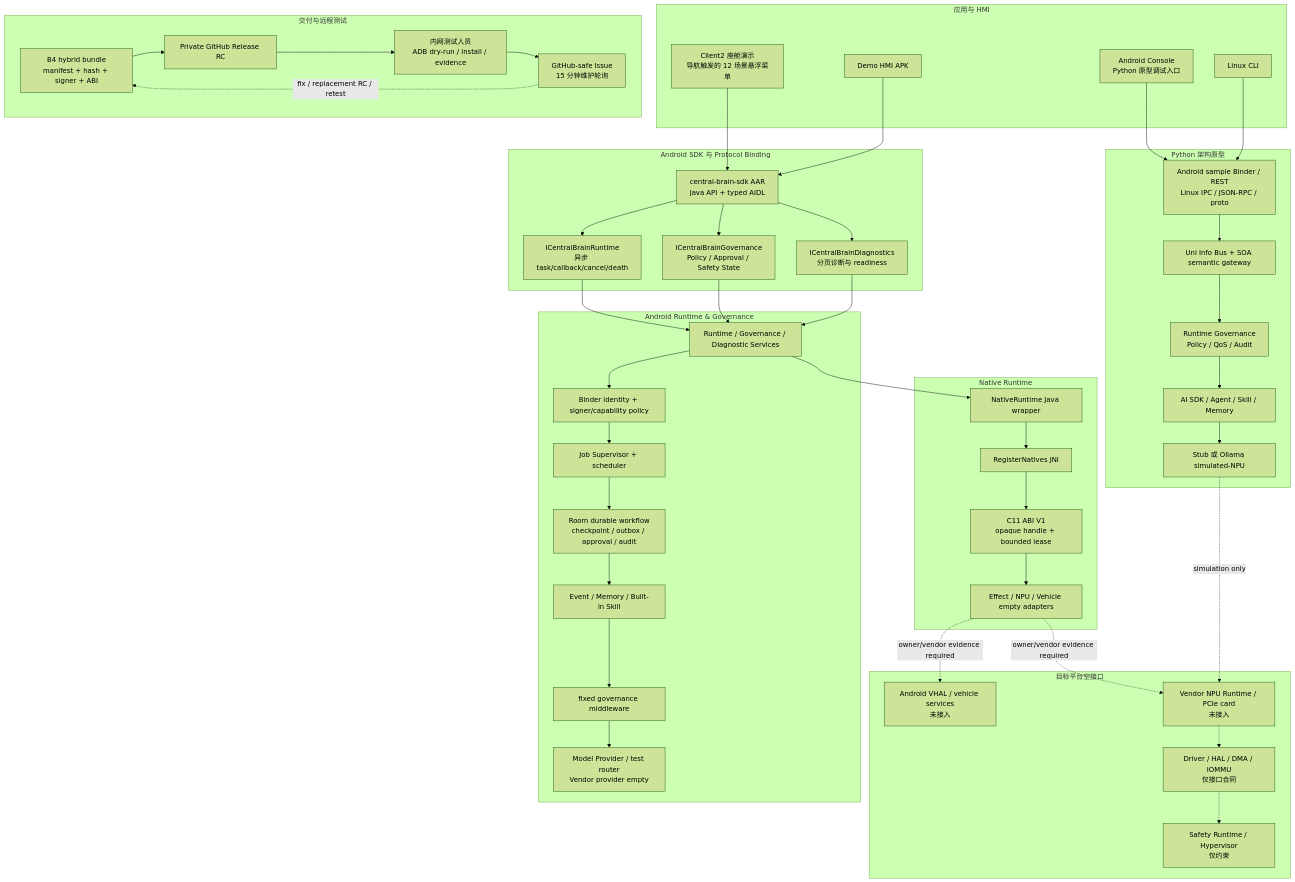
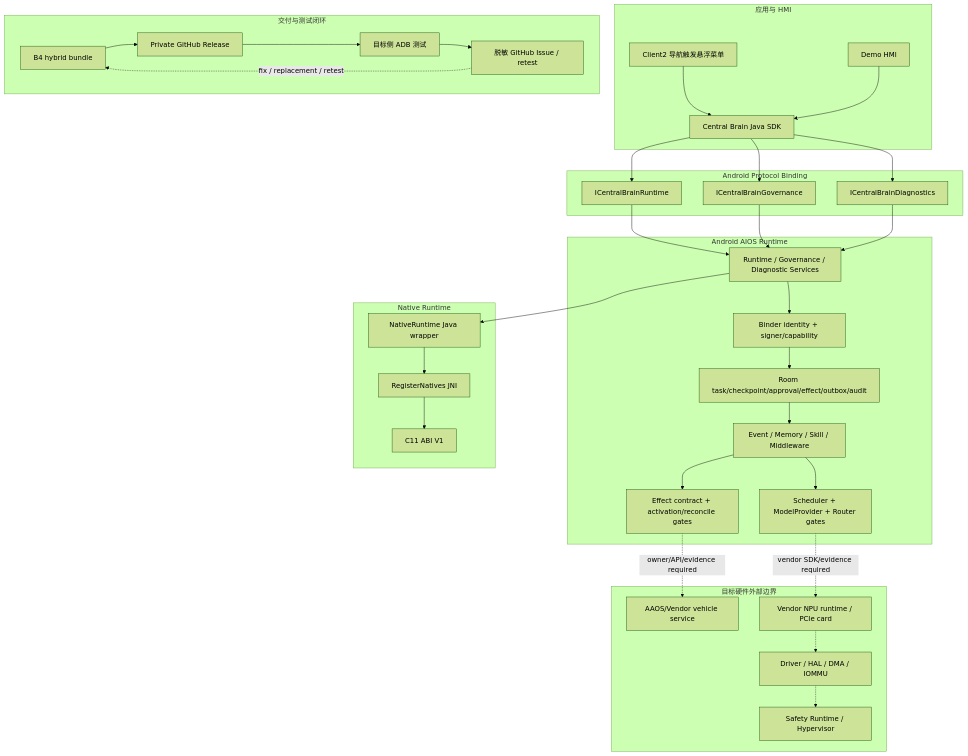
Before and after one commit to LucasWEIchen/CougarOS: the diagram in README.md, drawn with Mermaid (forest theme). The commit also changed other lines of this file and 96 other files, not shown here.

Commit message:
refactor: retire Python prototype runtime

````diff
--- a/README.md
+++ b/README.md
@@ -58,78 +54,62 @@
 ```mermaid
 flowchart TB
-  subgraph HMI["应用与 HMI"]
-    Client2["Client2 座舱演示\n导航触发的 12 场景悬浮菜单"]
-    Demo["Demo HMI APK"]
-    Console["Android Console\nPython 原型调试入口"]
-    LinuxCli["Linux CLI"]
+  subgraph App["应用与 HMI"]
+    Client2["Client2 导航触发悬浮菜单"]
+    Demo["Demo HMI"]
+    Sdk["Central Brain Java SDK"]
   end
 
-  subgraph AndroidApi["Android SDK 与 Protocol Binding"]
-    Sdk["central-brain-sdk AAR\nJava API + typed AIDL"]
-    RuntimeBinder["ICentralBrainRuntime\n异步 task/callback/cancel/death"]
-    GovernanceBinder["ICentralBrainGovernance\nPolicy / Approval / Safety State"]
-    DiagnosticBinder["ICentralBrainDiagnostics\n分页诊断与 readiness"]
+  subgraph Binder["Android Protocol Binding"]
+    RuntimeApi["ICentralBrainRuntime"]
+    GovApi["ICentralBrainGovernance"]
+    DiagApi["ICentralBrainDiagnostics"]
   end
 
-  subgraph AndroidRuntime["Android Runtime & Governance"]
+  subgraph Runtime["Android AIOS Runtime"]
     Services["Runtime / Governance / Diagnostic Services"]
-    Identity["Binder identity + signer/capability policy"]
-    Supervisor["Job Supervisor + scheduler"]
-    Durable["Room durable workflow\ncheckpoint / outbox / approval / audit"]
-    RuntimeDomains["Event / Memory / Built-in Skill"]
-    Middleware["fixed governance middleware"]
-    Model["Model Provider / test router\nVendor provider empty"]
+    Identity["Binder identity + signer/capability"]
+    Durable["Room task/checkpoint/approval/effect/outbox/audit"]
+    Domains["Event / Memory / Skill / Middleware"]
+    Model["Scheduler + ModelProvider + Router gates"]
+    Effect["Effect contract + activation/reconcile gates"]
   end
 
-  subgraph NativeLayer["Native Runtime"]
+  subgraph Native["Native Runtime"]
     JavaBridge["NativeRuntime Java wrapper"]
     Jni["RegisterNatives JNI"]
-    CAbi["C11 ABI V1\nopaque handle + bounded lease"]
-    EmptyEffect["Effect / NPU / Vehicle empty adapters"]
+    CAbi["C11 ABI V1"]
   end
 
-  subgraph Prototype["Python 架构原型"]
-    Bindings["Android sample Binder / REST\nLinux IPC / JSON-RPC / proto"]
-    Semantic["Uni Info Bus + SOA semantic gateway"]
-    PyGovernance["Runtime Governance\nPolicy / QoS / Audit"]
-    Agent["AI SDK / Agent / Skill / Memory"]
-    SimNpu["Stub 或 Ollama simulated-NPU"]
+  subgraph Target["目标硬件外部边界"]
+    Vehicle["AAOS/Vendor vehicle service"]
+    VendorNpu["Vendor NPU runtime / PCIe card"]
+    Driver["Driver / HAL / DMA / IOMMU"]
+    Safety["Safety Runtime / Hypervisor"]
   end
 
-  subgraph TargetBoundary["目标平台空接口"]
-    Vhal["Android VHAL / vehicle services\n未接入"]
-    VendorNpu["Vendor NPU Runtime / PCIe card\n未接入"]
-    Driver["Driver / HAL / DMA / IOMMU\n仅接口合同"]
-    Safety["Safety Runtime / Hypervisor\n仅约束"]
-  end
-
-  subgraph Delivery["交付与远程测试"]
-    Package["B4 hybrid bundle\nmanifest + hash + signer + ABI"]
-    Release["Private GitHub Release RC"]
-    Tester["内网测试人员\nADB dry-run / install / evidence"]
-    Issue["GitHub-safe Issue\n15 分钟维护轮询"]
+  subgraph Delivery["交付与测试闭环"]
+    Bundle["B4 hybrid bundle"]
+    Release["Private GitHub Release"]
+    Tester["目标侧 ADB 测试"]
+    Issue["脱敏 GitHub Issue / retest"]
   end
 
   Client2 --> Sdk
   Demo --> Sdk
-  Sdk --> RuntimeBinder
-  Sdk --> GovernanceBinder
-  Sdk --> DiagnosticBinder
-  RuntimeBinder --> Services
-  GovernanceBinder --> Services
-  DiagnosticBinder --> Services
-  Services --> Identity --> Supervisor --> Durable
-  Durable --> RuntimeDomains --> Middleware --> Model
-  Services --> JavaBridge --> Jni --> CAbi --> EmptyEffect
-  EmptyEffect -. "owner/vendor evidence required" .-> Vhal
-  EmptyEffect -. "owner/vendor evidence required" .-> VendorNpu
+  Sdk --> RuntimeApi
+  Sdk --> GovApi
+  Sdk --> DiagApi
+  RuntimeApi --> Services
+  GovApi --> Services
+  DiagApi --> Services
+  Services --> Identity --> Durable
+  Durable --> Domains
+  Domains --> Model
+  Domains --> Effect
+  Services --> JavaBridge --> Jni --> CAbi
+  Effect -. "owner/API/evidence required" .-> Vehicle
+  Model -. "vendor SDK/evidence required" .-> VendorNpu
   VendorNpu -.-> Driver -.-> Safety
-
-  Console --> Bindings
-  LinuxCli --> Bindings
-  Bindings --> Semantic --> PyGovernance --> Agent --> SimNpu
-  SimNpu -. "simulation only" .-> VendorNpu
-
-  Package --> Release --> Tester --> Issue
-  Issue -. "fix / replacement RC / retest" .-> Package
+  Bundle --> Release --> Tester --> Issue
+  Issue -. "fix / replacement / retest" .-> Bundle
 ```
````
